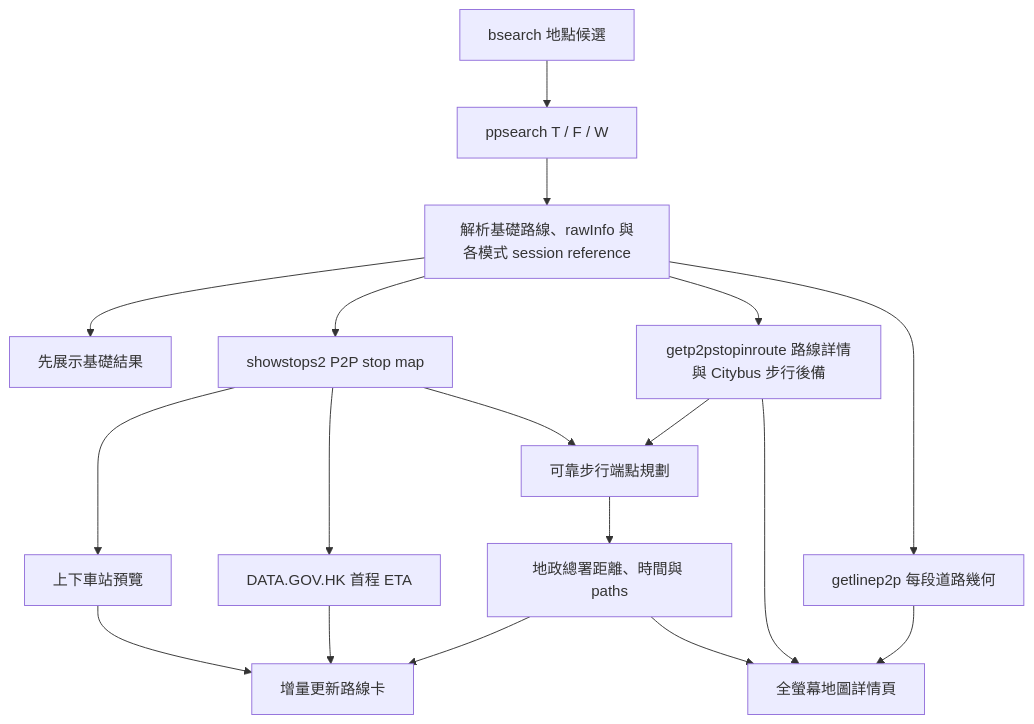
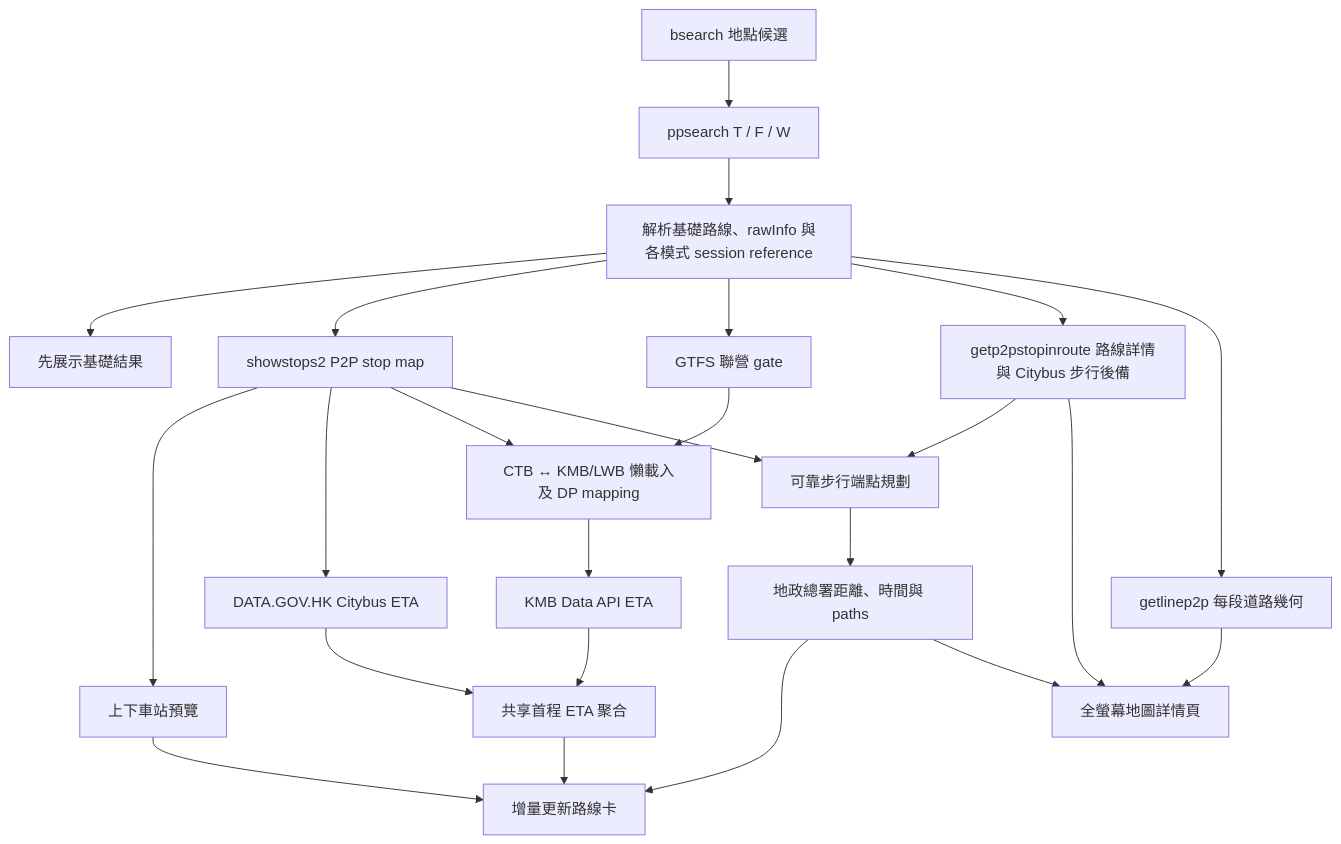
The diagram in docs/citybus-route-query-and-eta.md (TianLanhe/BusIsComing), drawn with Mermaid before and after one commit. The commit also changed other lines of this file and 74 other files, not shown here.

````diff
--- a/docs/citybus-route-query-and-eta.md
+++ b/docs/citybus-route-query-and-eta.md
@@ -21,20 +21,26 @@
 ```mermaid
 flowchart TD
     Place["bsearch 地點候選"] --> Query["ppsearch T / F / W"]
     Query --> Parse["解析基礎路線、rawInfo 與各模式 session reference"]
     Parse --> Initial["先展示基礎結果"]
     Parse --> StopMap["showstops2 P2P stop map"]
     StopMap --> Preview["上下車站預覽"]
-    StopMap --> Eta["DATA.GOV.HK 首程 ETA"]
+    StopMap --> CtbEta["DATA.GOV.HK Citybus ETA"]
+    Parse --> JointGate["GTFS 聯營 gate"]
+    JointGate --> Mapping["CTB ↔ KMB/LWB 懶載入及 DP mapping"]
+    StopMap --> Mapping
+    Mapping --> PartnerEta["KMB Data API ETA"]
+    CtbEta --> Eta["共享首程 ETA 聚合"]
+    PartnerEta --> Eta
     Parse --> Detail["getp2pstopinroute 路線詳情與 Citybus 步行後備"]
     Parse --> Geometry["getlinep2p 每段道路幾何"]
     StopMap --> Planner["可靠步行端點規劃"]
     Detail --> Planner
     Planner --> CSDI["地政總署距離、時間與 paths"]
     Preview --> Incremental["增量更新路線卡"]
     Eta --> Incremental
     CSDI --> Incremental
     Detail --> Page["全螢幕地圖詳情頁"]
     Geometry --> Page
     CSDI --> Page
 ```
````
